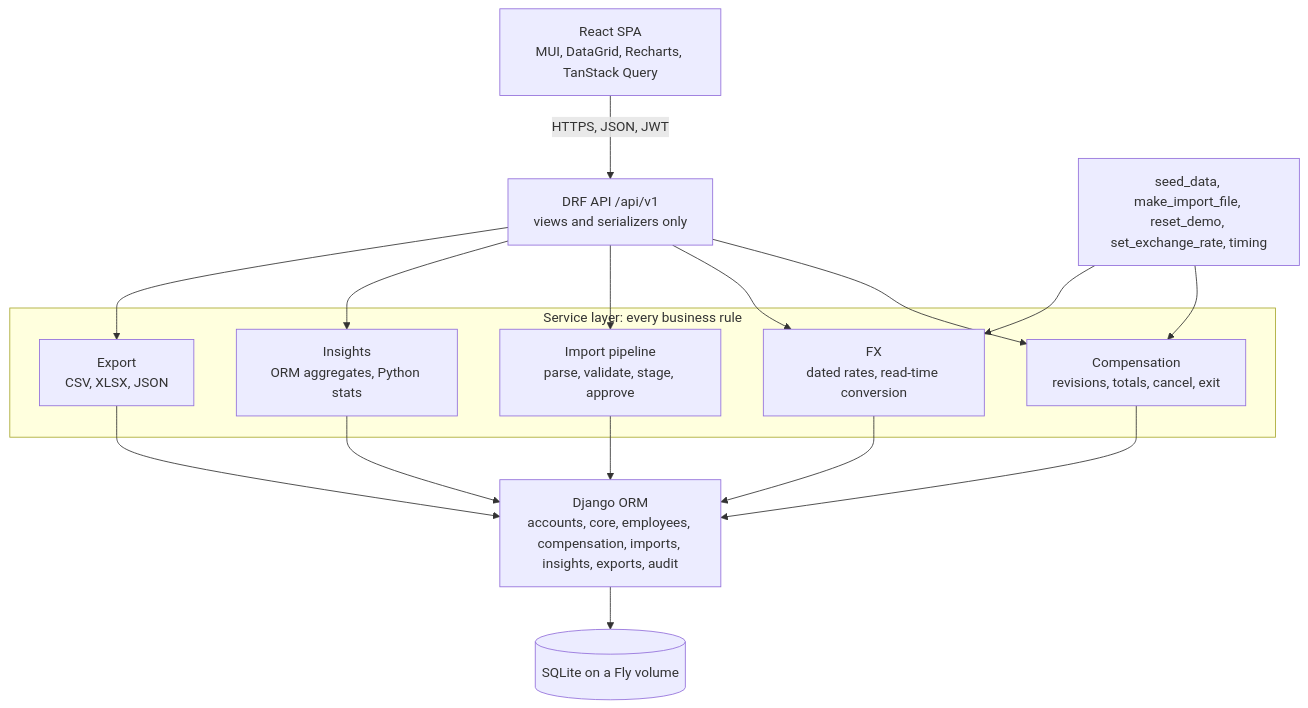
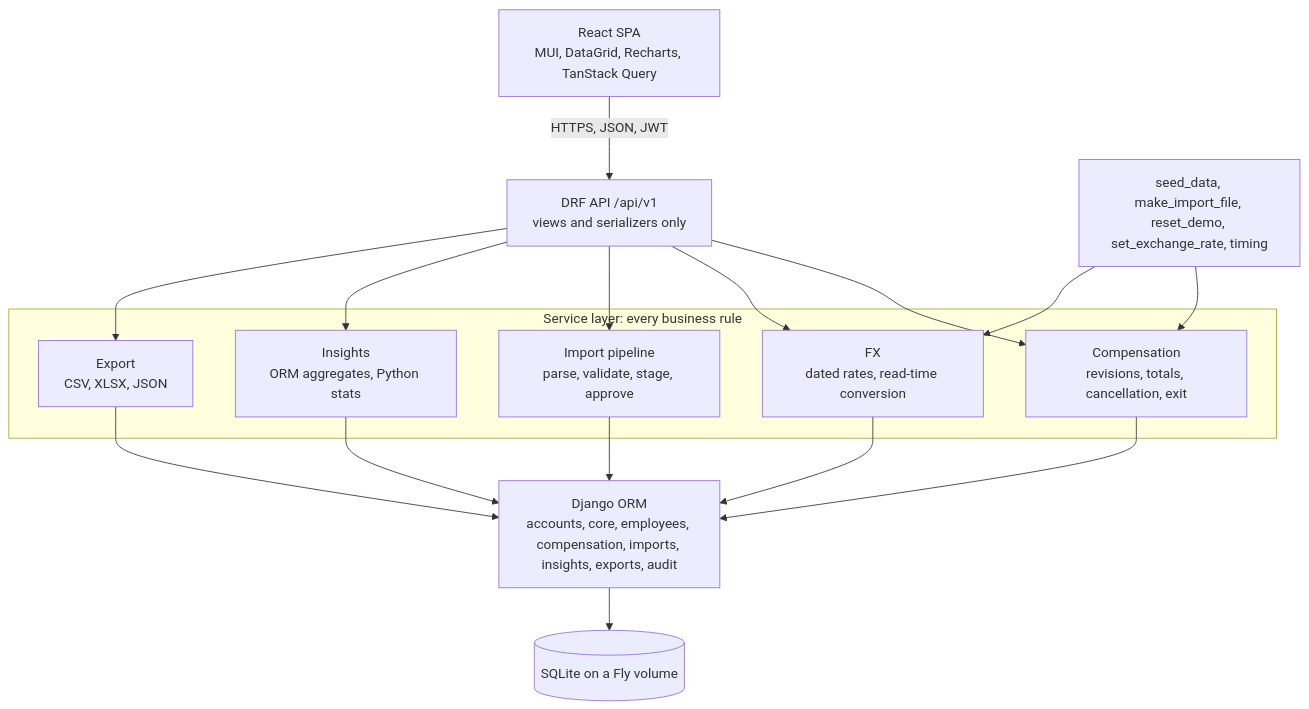
Before and after one commit to epicallyunreal/acme-salary: the first of 2 diagrams in docs/SPEC.md, drawn with Mermaid. The commit also changed other lines of this file and 20 other files, not shown here.

````diff
--- a/docs/SPEC.md
+++ b/docs/SPEC.md
@@ -25,20 +26,20 @@
 ```mermaid
 flowchart TB
   SPA["React SPA<br/>MUI, DataGrid, Recharts, TanStack Query"]
   API["DRF API /api/v1<br/>views and serializers only"]
   subgraph SVC["Service layer: every business rule"]
-    C["Compensation<br/>revisions, totals, cancel, exit"]
+    C["Compensation<br/>revisions, totals, cancellation, exit"]
     X["FX<br/>dated rates, read-time conversion"]
     I["Import pipeline<br/>parse, validate, stage, approve"]
     Q["Insights<br/>ORM aggregates, Python stats"]
     E["Export<br/>CSV, XLSX, JSON"]
   end
   ORM["Django ORM<br/>accounts, core, employees, compensation, imports, insights, exports, audit"]
   DB[("SQLite on a Fly volume")]
   CMD["seed_data, make_import_file, reset_demo, set_exchange_rate, timing"]
   SPA -->|HTTPS, JSON, JWT| API
   API --> C & X & I & Q & E
   C & X & I & Q & E --> ORM
   ORM --> DB
   CMD --> C & X
 ```
````
